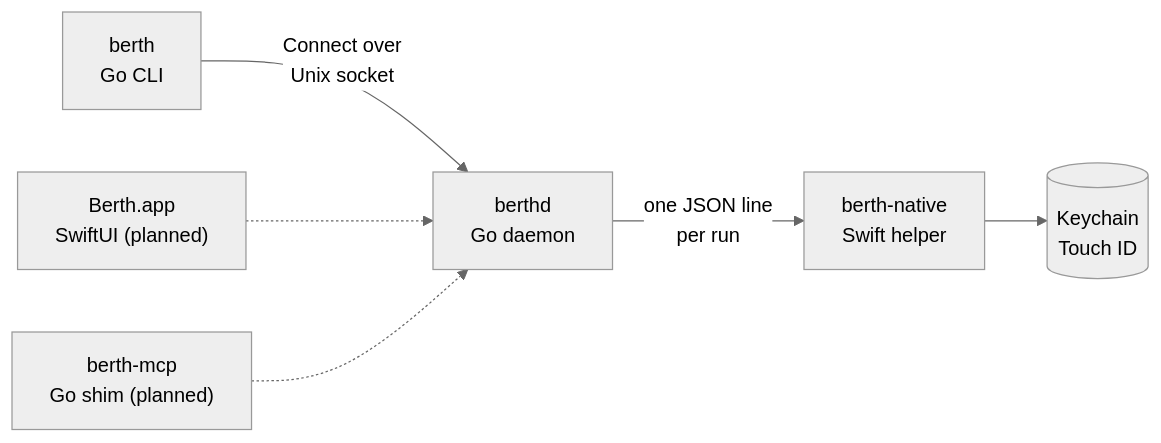
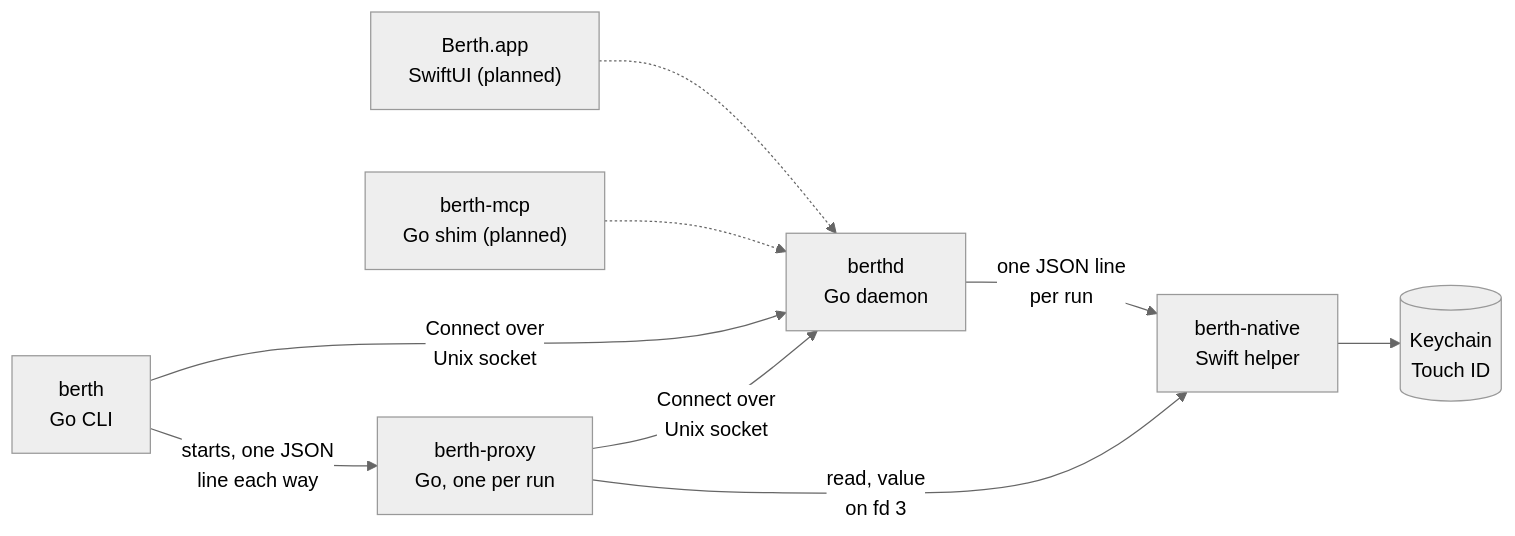
One commit to WesleyBLDC/berth changed the first of 8 diagrams in ARCHITECTURE.md. Above: the diagram before and after it, drawn with Mermaid (neutral theme). The commit also changed other lines of this file and 29 other files, not shown here.

````diff
--- a/ARCHITECTURE.md
+++ b/ARCHITECTURE.md
@@ -19,14 +19,18 @@
 ```mermaid
 flowchart LR
   CLI["berth<br/>Go CLI"]
   APP["Berth.app<br/>SwiftUI (planned)"]
   MCP["berth-mcp<br/>Go shim (planned)"]
   D["berthd<br/>Go daemon"]
+  P["berth-proxy<br/>Go, one per run"]
   N["berth-native<br/>Swift helper"]
   K[("Keychain<br/>Touch ID")]
   CLI -->|Connect over<br/>Unix socket| D
+  CLI -->|starts, one JSON<br/>line each way| P
+  P -->|Connect over<br/>Unix socket| D
+  P -->|read, value<br/>on fd 3| N
   APP -.-> D
   MCP -.-> D
   D -->|one JSON line<br/>per run| N
   N --> K
 ```
````
